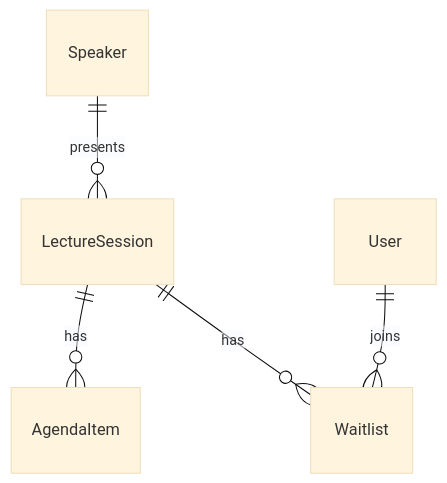
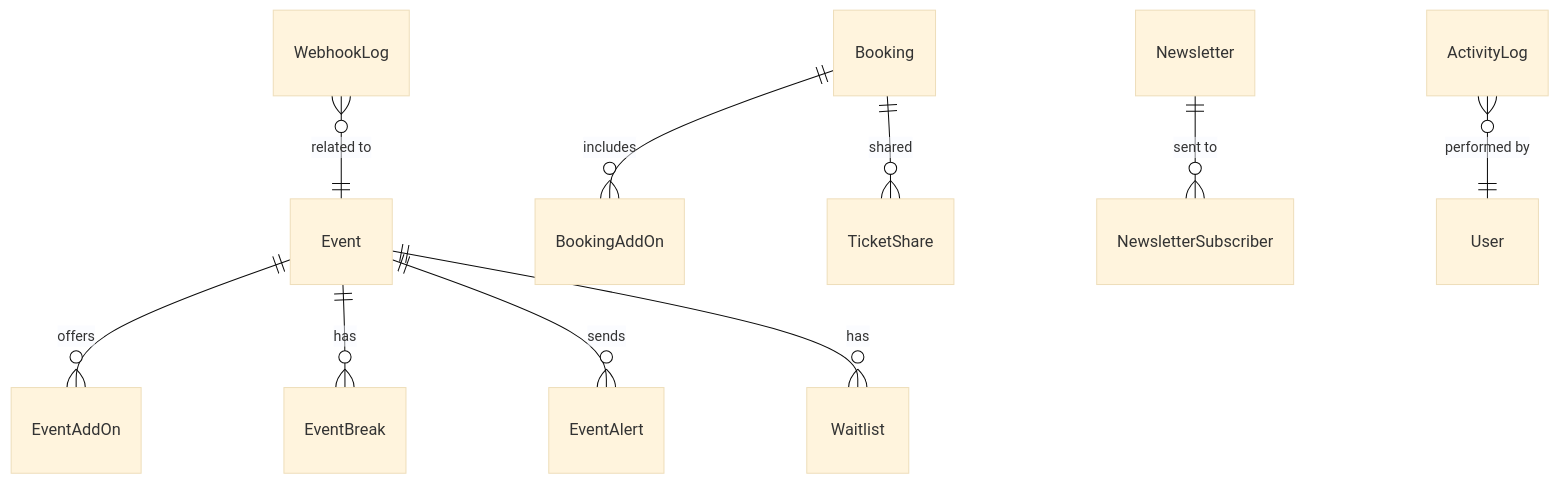
One commit to amal-sajeev/techtrek changed diagram 11 of 18 in TechTrek_Documentation.qmd. Above: the diagram before and after it, drawn with Mermaid (base theme). The commit also changed other lines of this file and 39 other files, not shown here.

````diff
--- a/TechTrek_Documentation.qmd
+++ b/TechTrek_Documentation.qmd
@@ -163,7 +413,14 @@
 ```{mermaid}
+%%| fig-width: 6.3
+%%| fig-height: 2.5
 erDiagram
-    Speaker ||--o{ LectureSession : presents
-    LectureSession ||--o{ AgendaItem : has
-    LectureSession ||--o{ Waitlist : has
-    User ||--o{ Waitlist : joins
+    Event ||--o{ EventAddOn : offers
+    Event ||--o{ EventBreak : has
+    Event ||--o{ EventAlert : sends
+    Event ||--o{ Waitlist : has
+    Booking ||--o{ BookingAddOn : includes
+    Booking ||--o{ TicketShare : shared
+    Newsletter ||--o{ NewsletterSubscriber : "sent to"
+    ActivityLog }o--|| User : "performed by"
+    WebhookLog }o--|| Event : "related to"
 ```
````
